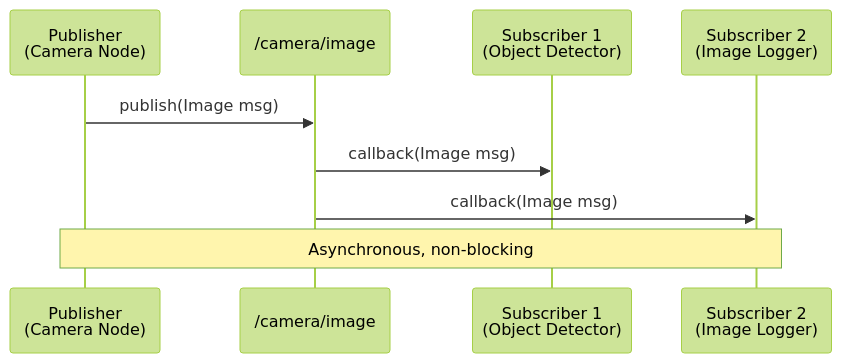
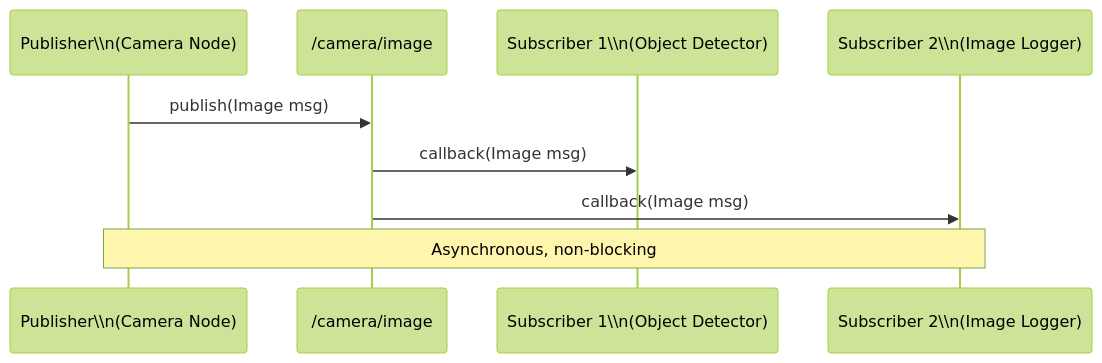
The fourth of 6 diagrams in docs/module-1-ros2/chapter-1-intro-ros2.mdx (ABEERAHMED2024/-Textbook-for-Teaching-Physical-AI-Humanoid-Robotics-Course-), drawn with Mermaid (forest theme) before and after one commit. The commit also changed other lines of this file and 192 other files, not shown here.

````diff
--- a/docs/module-1-ros2/chapter-1-intro-ros2.mdx
+++ b/docs/module-1-ros2/chapter-1-intro-ros2.mdx
@@ -147,12 +144,12 @@
 ```mermaid
 sequenceDiagram
-    participant Pub as Publisher<br/>(Camera Node)
+    participant Pub as Publisher\\n(Camera Node)
     participant Topic as /camera/image
-    participant Sub1 as Subscriber 1<br/>(Object Detector)
-    participant Sub2 as Subscriber 2<br/>(Image Logger)
+    participant Sub1 as Subscriber 1\\n(Object Detector)
+    participant Sub2 as Subscriber 2\\n(Image Logger)
 
     Pub->>Topic: publish(Image msg)
     Topic->>Sub1: callback(Image msg)
     Topic->>Sub2: callback(Image msg)
     Note over Pub,Sub2: Asynchronous, non-blocking
 ```
````
